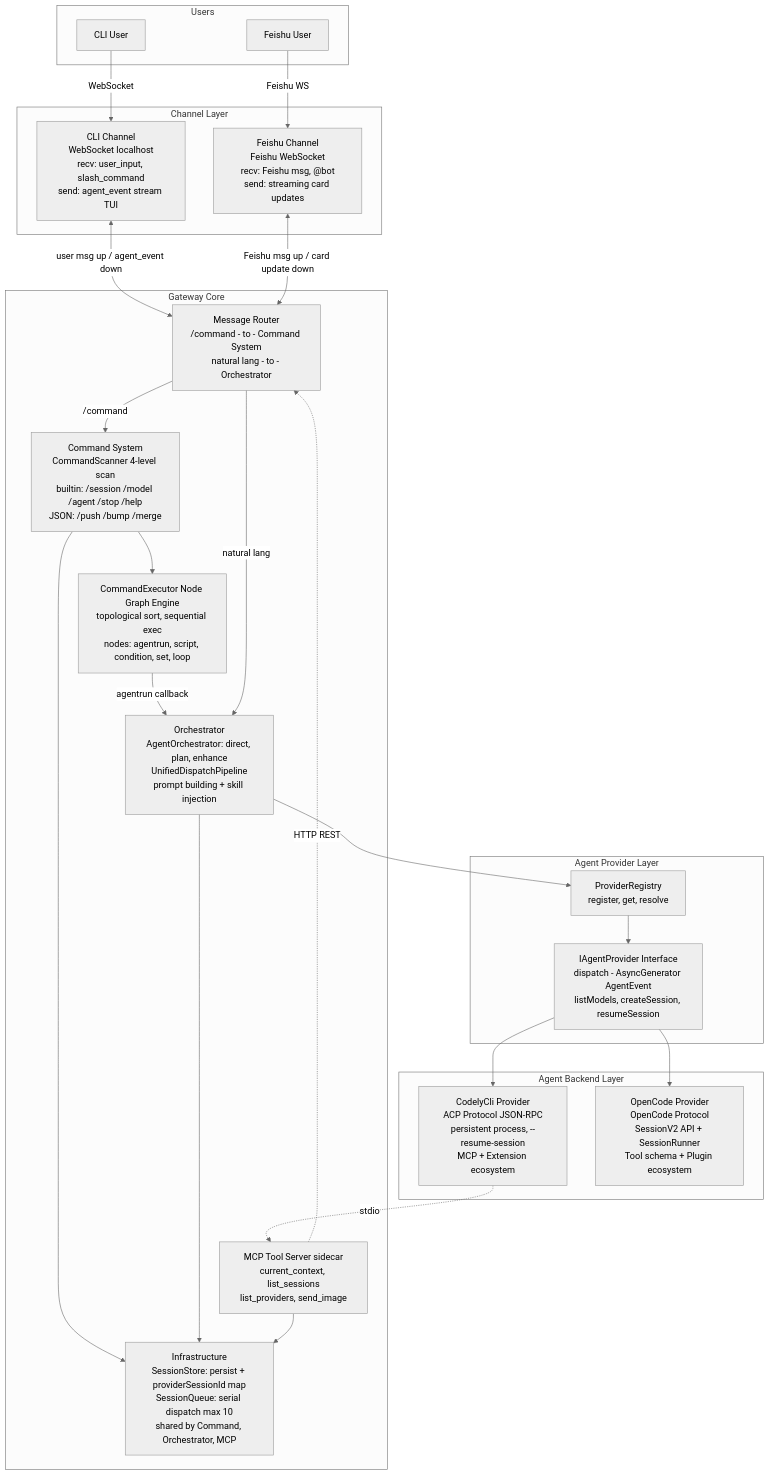
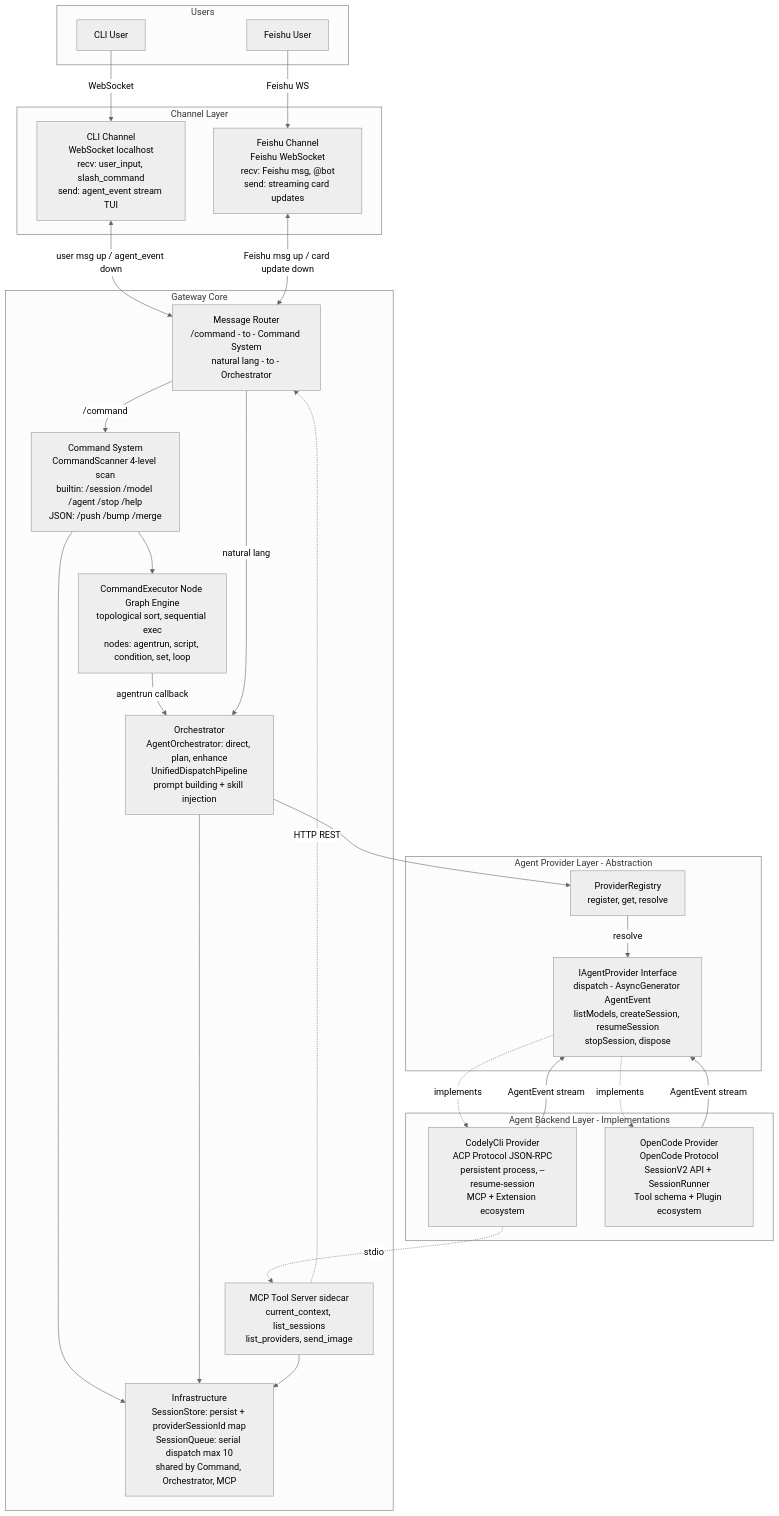
The diagram in README.md (Lu-Kye/OpenCrossAgent), drawn with Mermaid (neutral theme) before and after one commit.

Commit message:
docs: clarify provider abstraction layer and backend implementation relationship

````diff
--- a/README.md
+++ b/README.md
@@ -7,55 +7,58 @@
 ```mermaid
 graph TB
     subgraph Users
         U1[CLI User]
         U2[Feishu User]
     end
 
     subgraph ChannelLayer [Channel Layer]
         CLI[CLI Channel<br/>WebSocket localhost<br/>recv: user_input, slash_command<br/>send: agent_event stream TUI]
         FS[Feishu Channel<br/>Feishu WebSocket<br/>recv: Feishu msg, @bot<br/>send: streaming card updates]
     end
 
     subgraph GatewayCore [Gateway Core]
         ROUTER[Message Router<br/>/command - to - Command System<br/>natural lang - to - Orchestrator]
         CS[Command System<br/>CommandScanner 4-level scan<br/>builtin: /session /model /agent /stop /help<br/>JSON: /push /bump /merge]
         EXEC[CommandExecutor Node Graph Engine<br/>topological sort, sequential exec<br/>nodes: agentrun, script, condition, set, loop]
         ORC[Orchestrator<br/>AgentOrchestrator: direct, plan, enhance<br/>UnifiedDispatchPipeline<br/>prompt building + skill injection]
         INFRA[Infrastructure<br/>SessionStore: persist + providerSessionId map<br/>SessionQueue: serial dispatch max 10<br/>shared by Command, Orchestrator, MCP]
         MCP[MCP Tool Server sidecar<br/>current_context, list_sessions<br/>list_providers, send_image]
     end
 
-    subgraph ProviderLayer [Agent Provider Layer]
+    subgraph ProviderLayer [Agent Provider Layer - Abstraction]
         REG[ProviderRegistry<br/>register, get, resolve]
-        IAP[IAgentProvider Interface<br/>dispatch - AsyncGenerator AgentEvent<br/>listModels, createSession, resumeSession]
+        IAP[IAgentProvider Interface<br/>dispatch - AsyncGenerator AgentEvent<br/>listModels, createSession, resumeSession<br/>stopSession, dispose]
     end
 
-    subgraph BackendLayer [Agent Backend Layer]
+    subgraph BackendLayer [Agent Backend Layer - Implementations]
         CLP[CodelyCli Provider<br/>ACP Protocol JSON-RPC<br/>persistent process, --resume-session<br/>MCP + Extension ecosystem]
         OCP[OpenCode Provider<br/>OpenCode Protocol<br/>SessionV2 API + SessionRunner<br/>Tool schema + Plugin ecosystem]
     end
 
     U1 -->|WebSocket| CLI
     U2 -->|Feishu WS| FS
 
     CLI <-->|user msg up / agent_event down| ROUTER
     FS <-->|Feishu msg up / card update down| ROUTER
 
     ROUTER -->|/command| CS
     CS --> EXEC
     EXEC -->|agentrun callback| ORC
     ROUTER -->|natural lang| ORC
 
     CS --> INFRA
     ORC --> INFRA
     MCP --> INFRA
     ORC --> REG
 
-    REG --> IAP
+    REG -->|resolve| IAP
 
-    IAP --> CLP
-    IAP --> OCP
+    IAP -.->|implements| CLP
+    IAP -.->|implements| OCP
+
+    CLP -->|AgentEvent stream| IAP
+    OCP -->|AgentEvent stream| IAP
 
     CLP -.->|stdio| MCP
     MCP -.->|HTTP REST| ROUTER
 ```
````
